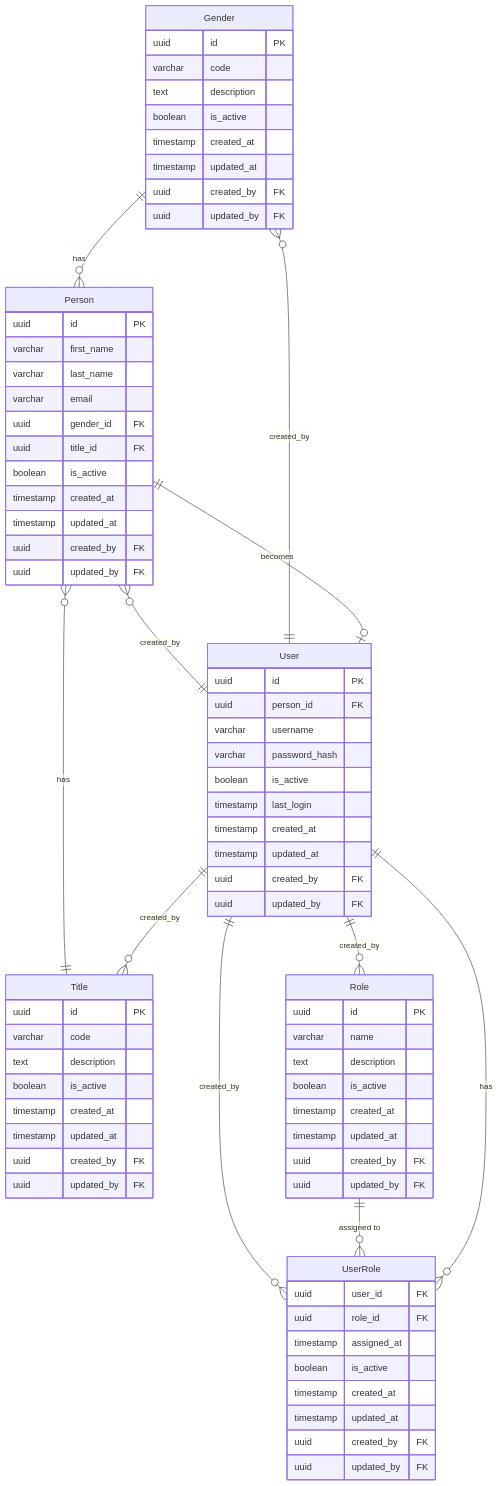
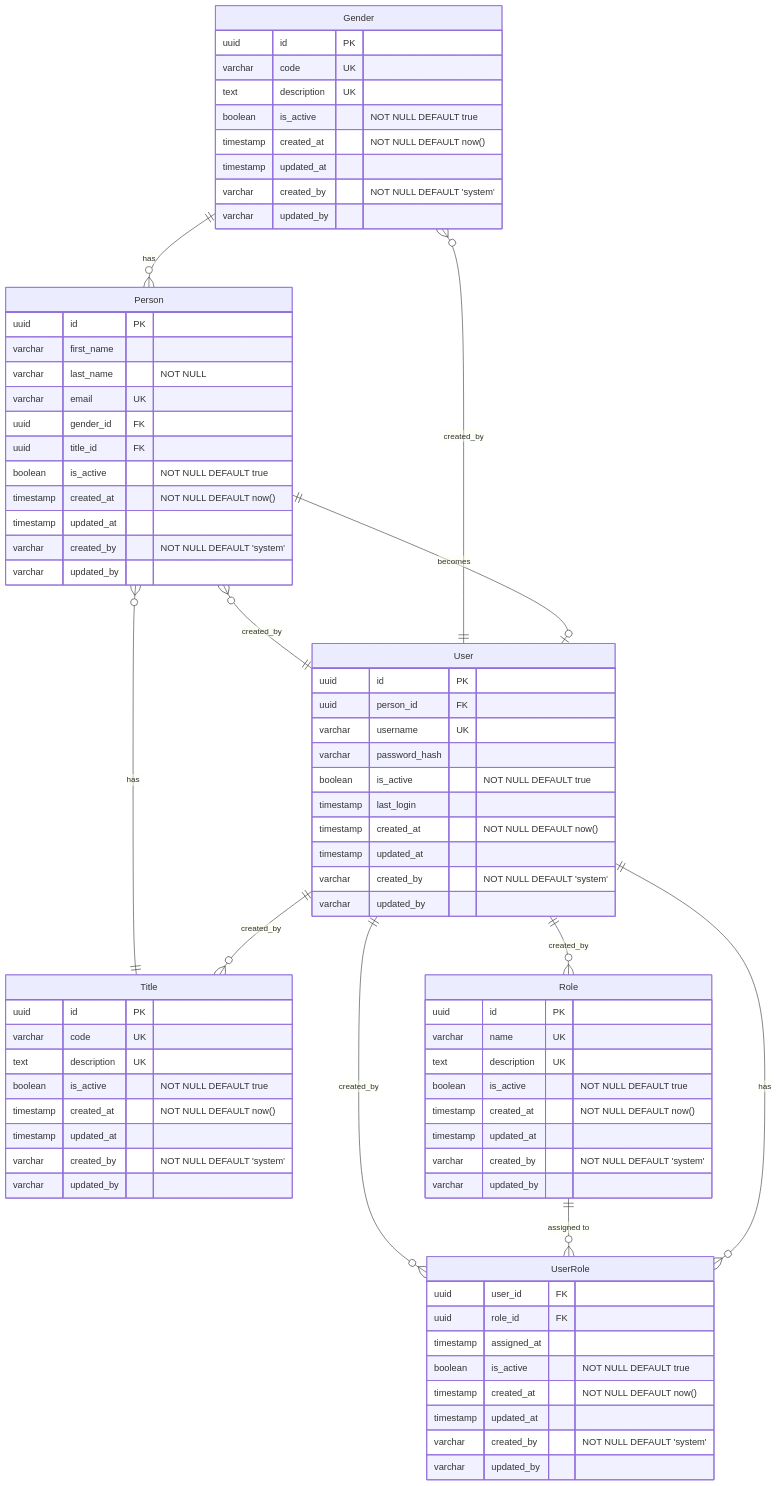
The diagram in CLAUDE.md (GeraldScott/rescaffold), drawn with Mermaid before and after one commit.

Commit message:
Add ERD to Claude: updated

```diff
--- a/CLAUDE.md
+++ b/CLAUDE.md
@@ -99,73 +99,73 @@
 erDiagram
     Gender {
         uuid id PK
-        varchar code
-        text description
-        boolean is_active
-        timestamp created_at
+        varchar code UK
+        text description UK
+        boolean is_active "NOT NULL DEFAULT true"
+        timestamp created_at "NOT NULL DEFAULT now()"
         timestamp updated_at
-        uuid created_by FK
-        uuid updated_by FK
+        varchar created_by "NOT NULL DEFAULT 'system'"
+        varchar updated_by
     }
     
     Title {
         uuid id PK
-        varchar code
-        text description
-        boolean is_active
-        timestamp created_at
+        varchar code UK
+        text description UK
+        boolean is_active "NOT NULL DEFAULT true"
+        timestamp created_at "NOT NULL DEFAULT now()"
         timestamp updated_at
-        uuid created_by FK
-        uuid updated_by FK
+        varchar created_by "NOT NULL DEFAULT 'system'"
+        varchar updated_by
     }
     
     Person {
         uuid id PK
         varchar first_name
-        varchar last_name
-        varchar email
+        varchar last_name "NOT NULL"
+        varchar email UK
         uuid gender_id FK
         uuid title_id FK
-        boolean is_active
-        timestamp created_at
+        boolean is_active "NOT NULL DEFAULT true"
+        timestamp created_at "NOT NULL DEFAULT now()"
         timestamp updated_at
-        uuid created_by FK
-        uuid updated_by FK
+        varchar created_by "NOT NULL DEFAULT 'system'"
+        varchar updated_by
     }
     
     User {
         uuid id PK
         uuid person_id FK
-        varchar username
+        varchar username UK
         varchar password_hash
-        boolean is_active
+        boolean is_active "NOT NULL DEFAULT true"
         timestamp last_login
-        timestamp created_at
+        timestamp created_at "NOT NULL DEFAULT now()"
         timestamp updated_at
-        uuid created_by FK
-        uuid updated_by FK
+        varchar created_by "NOT NULL DEFAULT 'system'"
+        varchar updated_by
     }
     
     Role {
         uuid id PK
-        varchar name
-        text description
-        boolean is_active
-        timestamp created_at
+        varchar name UK
+        text description UK
+        boolean is_active "NOT NULL DEFAULT true"
+        timestamp created_at "NOT NULL DEFAULT now()"
         timestamp updated_at
-        uuid created_by FK
-        uuid updated_by FK
+        varchar created_by "NOT NULL DEFAULT 'system'"
+        varchar updated_by
     }
     
     UserRole {
         uuid user_id FK
         uuid role_id FK
         timestamp assigned_at
-        boolean is_active
-        timestamp created_at
+        boolean is_active "NOT NULL DEFAULT true"
+        timestamp created_at "NOT NULL DEFAULT now()"
         timestamp updated_at
-        uuid created_by FK
-        uuid updated_by FK
+        varchar created_by "NOT NULL DEFAULT 'system'"
+        varchar updated_by
     }
     
     Gender ||--o{ Person : "has"
```
